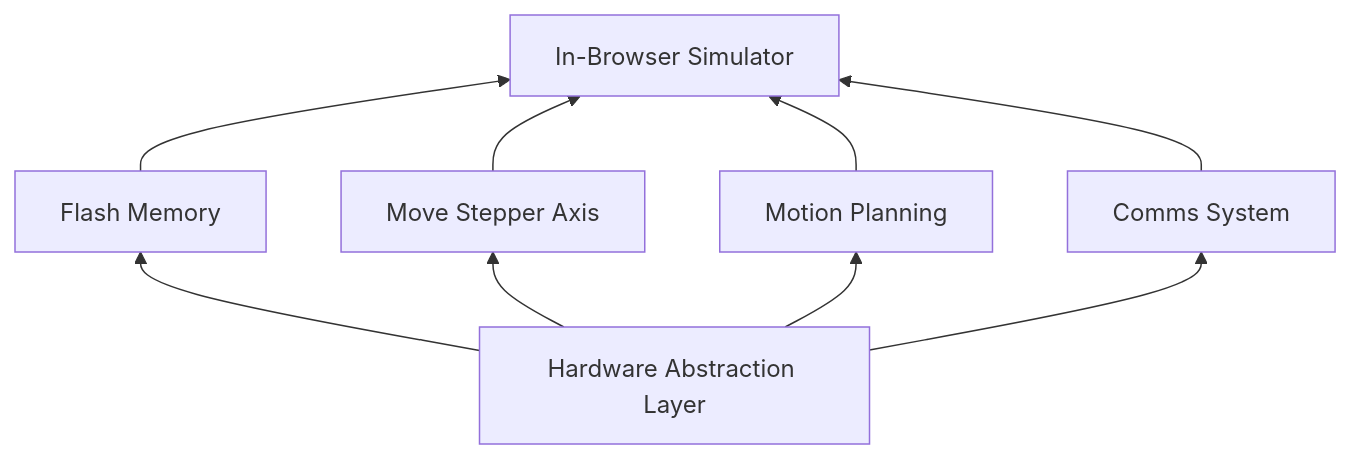
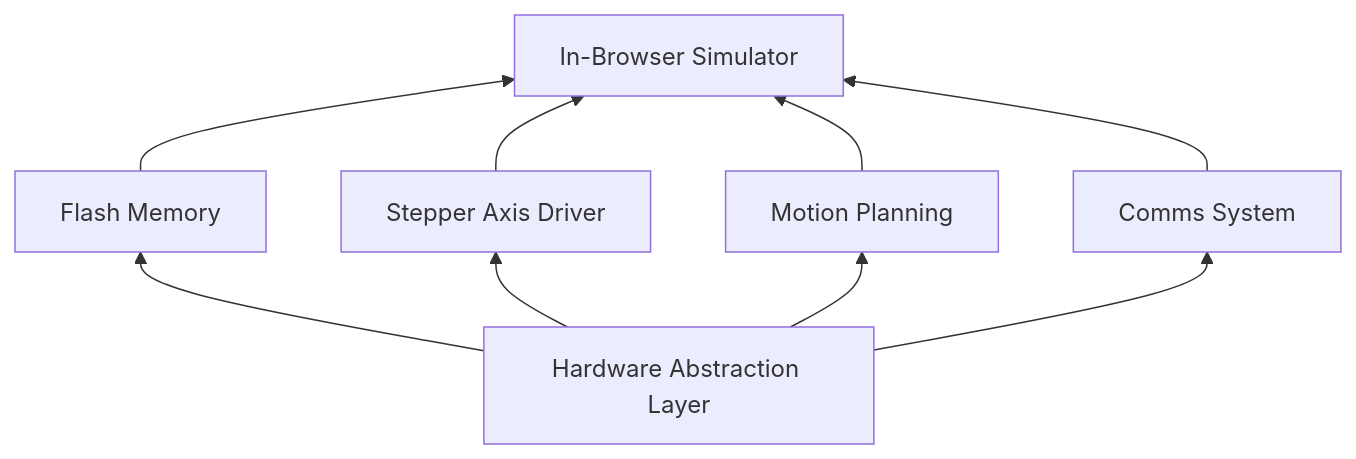
Before and after one commit to Michael-F-Bryan/adventures.michaelfbryan.com: the diagram in content/posts/top-level-infrastructure.md, drawn with Mermaid. The commit also changed other lines of this file, not shown here.

```diff
--- a/content/posts/top-level-infrastructure.md
+++ b/content/posts/top-level-infrastructure.md
@@ -113,19 +114,19 @@
 {{< mermaid >}}
 graph BT;
     H[Hardware Abstraction Layer];
     B[In-Browser Simulator];
     C[Comms System];
     P[Motion Planning];
-    S[Move Stepper Axis];
+    S[Stepper Axis Driver];
     F[Flash Memory];
 
     H-->C;
     H-->P;
     H-->F;
     H-->S;
 
     F-->B;
     S-->B;
     P-->B;
     C-->B;
 {{< /mermaid >}}
```
